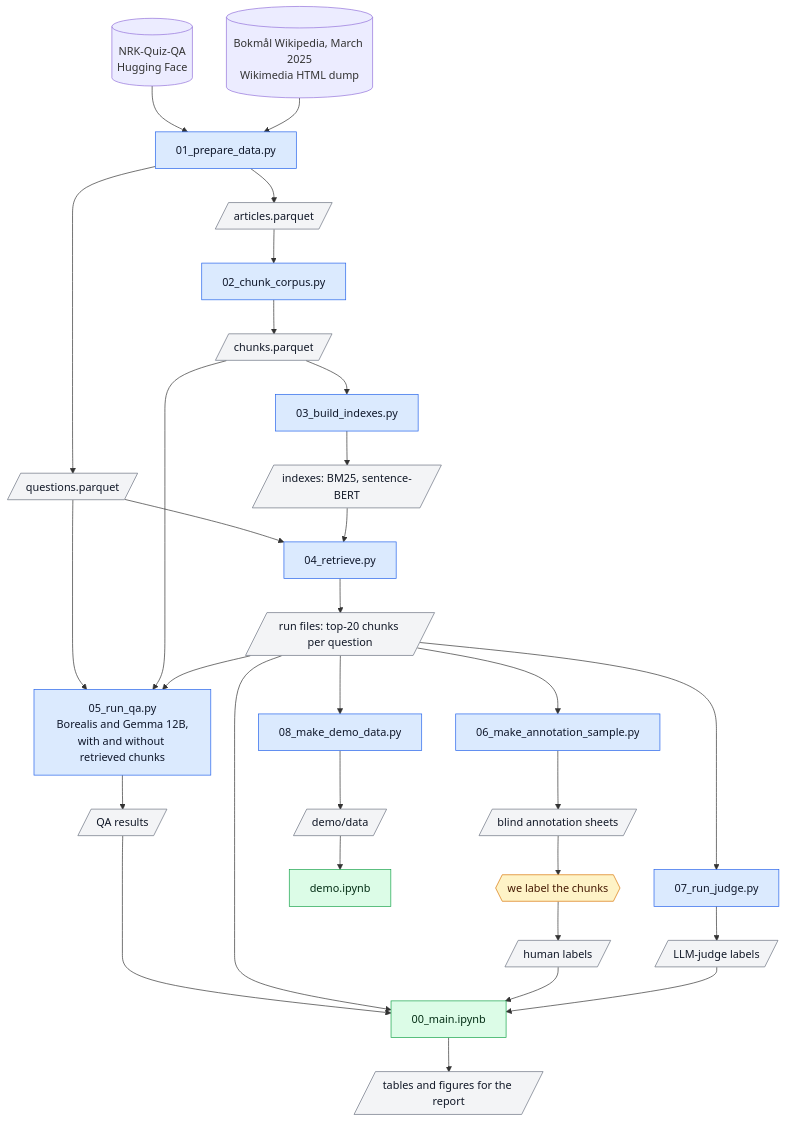
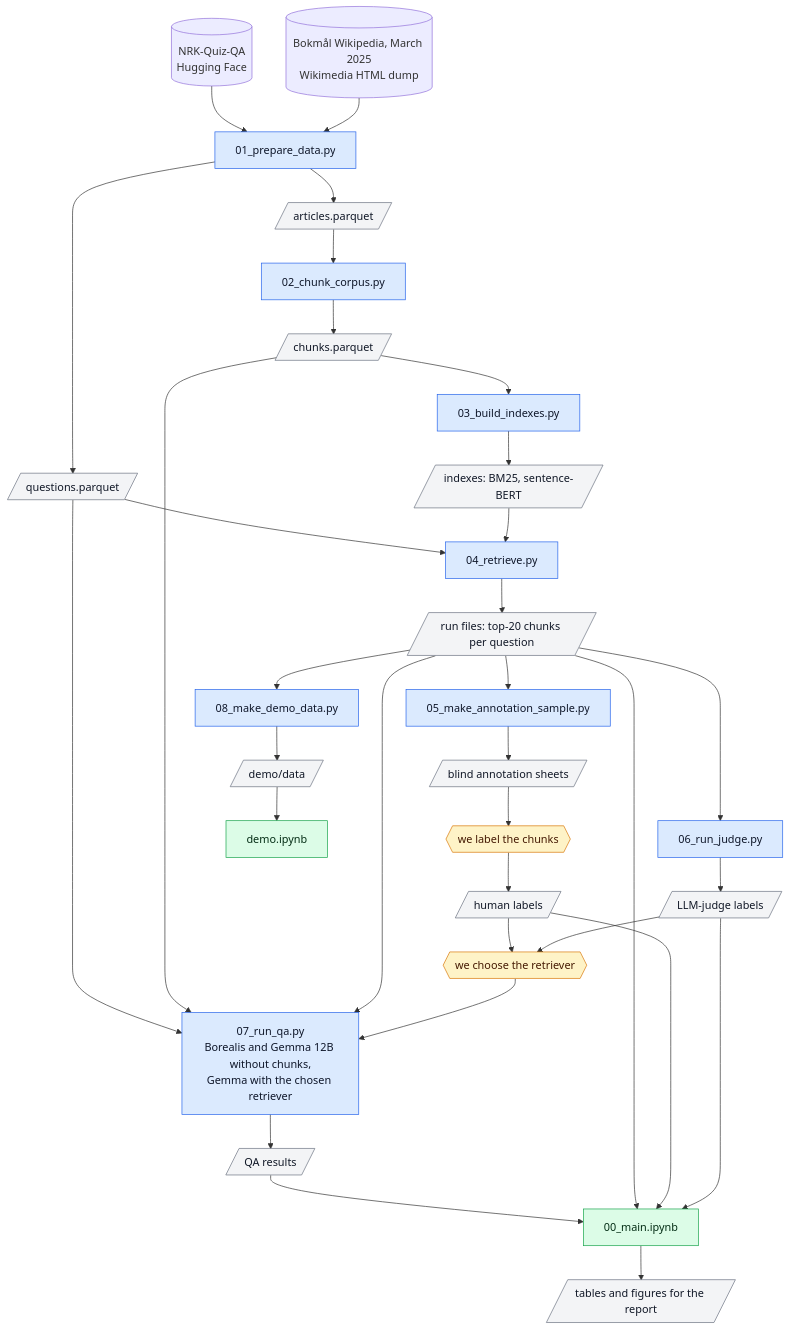
One commit to Morttra/BBAN4040-spraakteknologi changed the diagram in README.md. Above: the diagram before and after it, drawn with Mermaid. The commit also changed 21 other files, not shown here.

Commit message:
Loading of models done and tested. Sheets made and ready for manual labeling of chunk's relevance. Scripts 01 - 05 now runs. Wording of prompts for the quiz has been decided.

````diff
--- a/README.md
+++ b/README.md
@@ -44,41 +44,44 @@
 ```mermaid
 flowchart TD
     NRK[("NRK-Quiz-QA<br/>Hugging Face")]
     WIKI[("Bokmål Wikipedia, March 2025<br/>Wikimedia HTML dump")]
 
     NRK --> S01
     WIKI --> S01
     S01["01_prepare_data.py"] --> Q[/"questions.parquet"/]
     S01 --> A[/"articles.parquet"/]
     A --> S02["02_chunk_corpus.py"] --> C[/"chunks.parquet"/]
     C --> S03["03_build_indexes.py"] --> I[/"indexes: BM25, sentence-BERT"/]
     Q --> S04["04_retrieve.py"]
     I --> S04
     S04 --> R[/"run files: top-20 chunks per question"/]
 
-    Q --> S05["05_run_qa.py<br/>Borealis and Gemma 12B,<br/>with and without retrieved chunks"]
-    C --> S05
-    R --> S05
-    S05 --> QA[/"QA results"/]
+    R --> S05["05_make_annotation_sample.py"] --> SH[/"blind annotation sheets"/]
+    SH --> H{{"we label the chunks"}} --> L[/"human labels"/]
+    R --> S06["06_run_judge.py"] --> J[/"LLM-judge labels"/]
+    L --> CH{{"we choose the retriever"}}
+    J --> CH
 
-    R --> S06["06_make_annotation_sample.py"] --> SH[/"blind annotation sheets"/]
-    SH --> H{{"we label the chunks"}} --> L[/"human labels"/]
-    R --> S07["07_run_judge.py"] --> J[/"LLM-judge labels"/]
+    Q --> S07["07_run_qa.py<br/>Borealis and Gemma 12B without chunks,<br/>Gemma with the chosen retriever"]
+    C --> S07
+    R --> S07
+    CH --> S07
+    S07 --> QA[/"QA results"/]
 
     QA --> M["00_main.ipynb"]
     R --> M
     L --> M
     J --> M
     M --> OUT[/"tables and figures for the report"/]
 
     R --> S08["08_make_demo_data.py"] --> D[/"demo/data"/] --> DEMO["demo.ipynb"]
 
     classDef script fill:#dbeafe,stroke:#2563eb,color:#0f172a
     classDef file fill:#f3f4f6,stroke:#6b7280,color:#111827
     classDef notebook fill:#dcfce7,stroke:#16a34a,color:#052e16
     classDef manual fill:#fef3c7,stroke:#d97706,color:#451a03
     class S01,S02,S03,S04,S05,S06,S07,S08 script
     class Q,A,C,I,R,QA,SH,L,J,OUT,D file
     class M,DEMO notebook
-    class H manual
+    class H,CH manual
 ```
````
